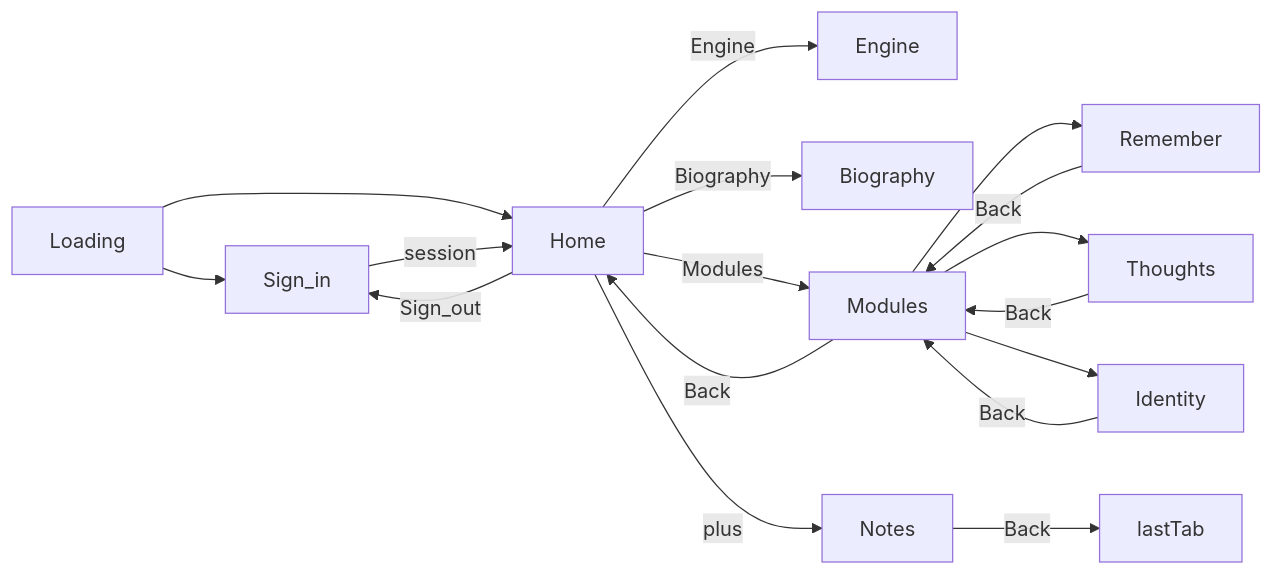
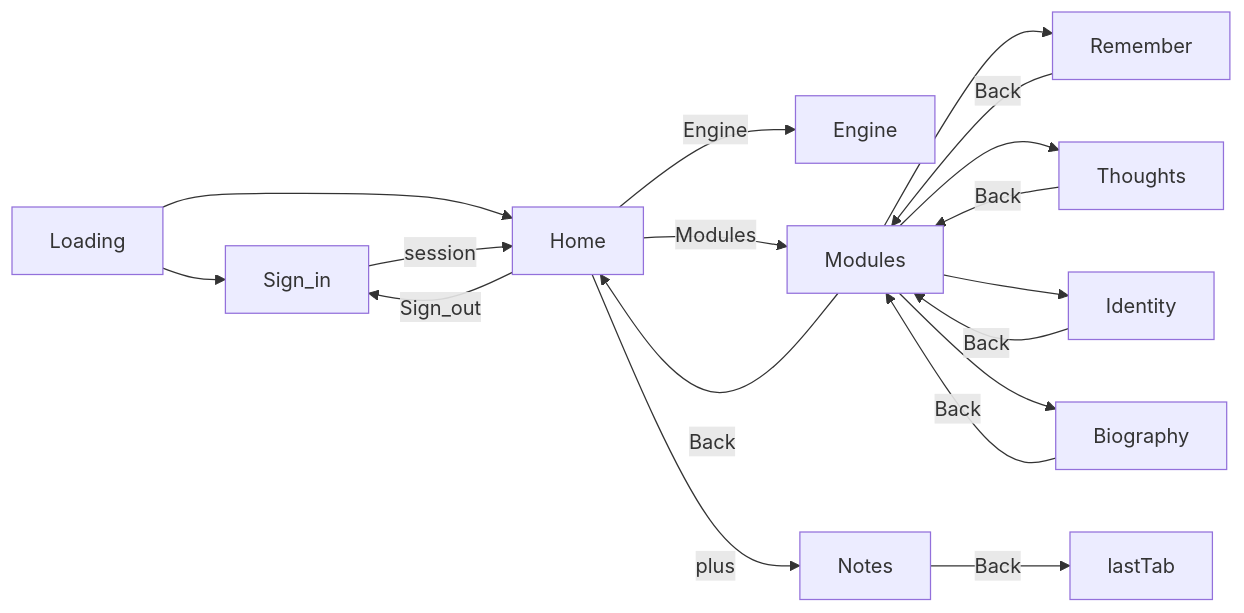
The third of 10 diagrams in docs/ARCHITECTURE.md (akgupta2002D/secondbrain2_0), drawn with Mermaid before and after one commit. The commit also changed other lines of this file and 10 other files, not shown here.

First line of the commit message:
Move Biography under Modules instead of the tab bar.

````diff
--- a/docs/ARCHITECTURE.md
+++ b/docs/ARCHITECTURE.md
@@ -80,30 +80,31 @@
 ```mermaid
 flowchart LR
   boot[Loading]
   signin[Sign_in]
   home[Home]
   engine[Engine]
-  biography[Biography]
   modules[Modules]
   notes[Notes]
   remember[Remember]
   thoughts[Thoughts]
   identity[Identity]
+  biography[Biography]
 
   boot --> signin
   boot --> home
   signin -->|session| home
   home -->|Sign_out| signin
   home -->|Engine| engine
-  home -->|Biography| biography
   home -->|Modules| modules
   home -->|plus| notes
   notes -->|Back| lastTab
   modules -->|Back| home
   modules --> remember
   modules --> thoughts
   modules --> identity
+  modules --> biography
   remember -->|Back| modules
   thoughts -->|Back| modules
   identity -->|Back| modules
+  biography -->|Back| modules
 ```
````
